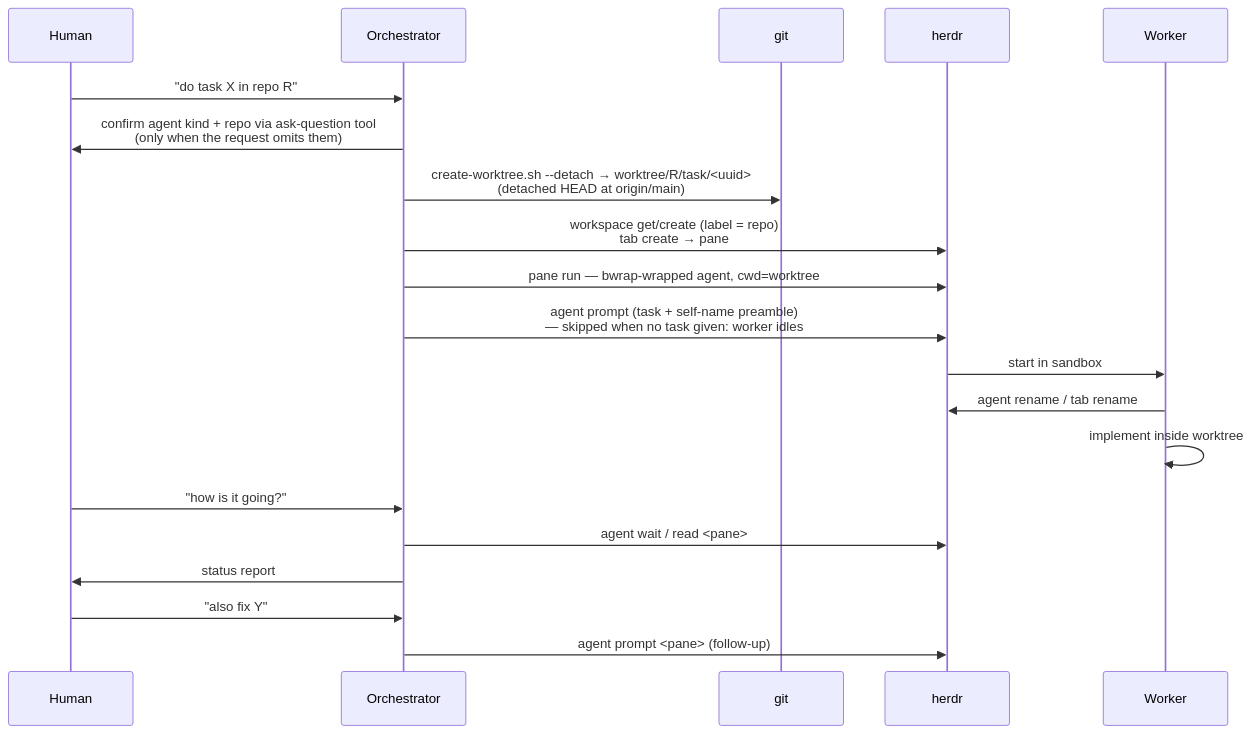
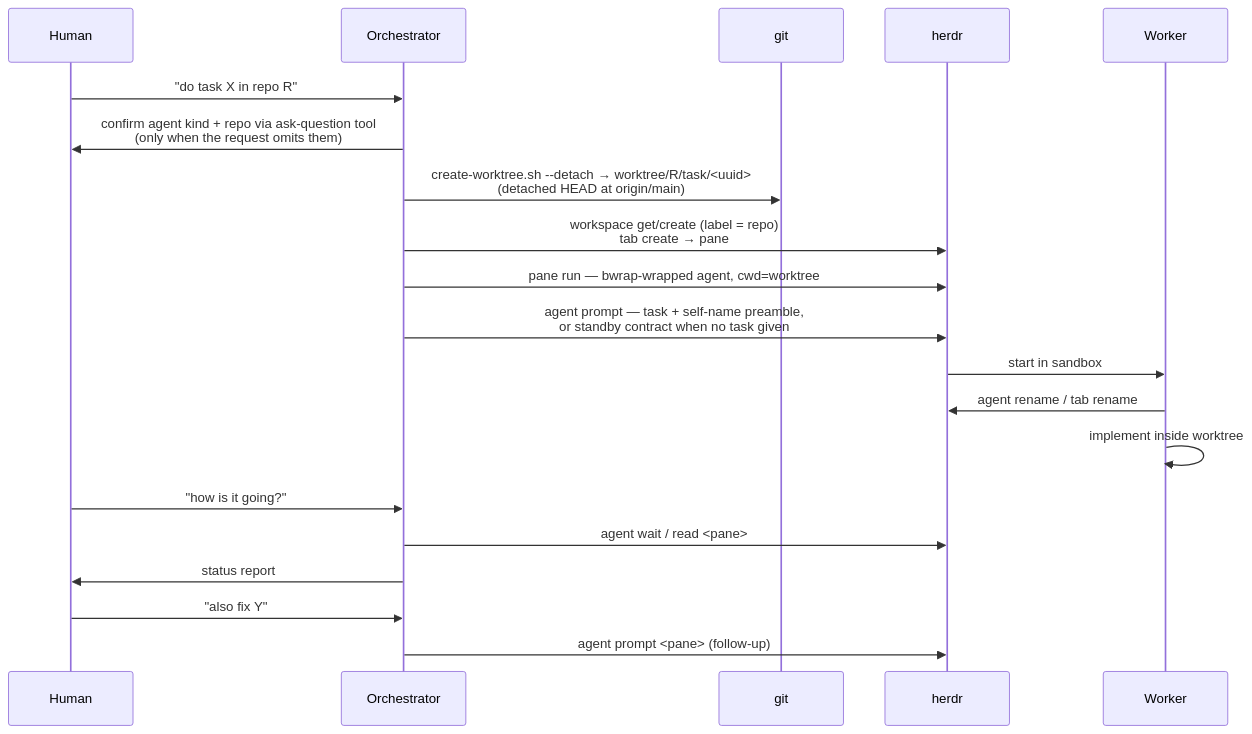
One commit to Nyarducks/Worktreeharness changed the diagram in docs/design/orchestration.md. Above: the diagram before and after it, drawn with Mermaid. The commit also changed other lines of this file and 6 other files, not shown here.

First line of the commit message:
Send a standby prompt on task-less spawn

````diff
--- a/docs/design/orchestration.md
+++ b/docs/design/orchestration.md
@@ -21,23 +21,23 @@
 ```mermaid
 sequenceDiagram
     participant H as Human
     participant O as Orchestrator
     participant G as git
     participant R as herdr
     participant W as Worker
 
     H->>O: "do task X in repo R"
     O->>H: confirm agent kind + repo via ask-question tool<br/>(only when the request omits them)
     O->>G: create-worktree.sh --detach → worktree/R/task/<uuid><br/>(detached HEAD at origin/main)
     O->>R: workspace get/create (label = repo)<br/>tab create → pane
     O->>R: pane run — bwrap-wrapped agent, cwd=worktree
-    O->>R: agent prompt (task + self-name preamble)<br/>— skipped when no task given: worker idles
+    O->>R: agent prompt — task + self-name preamble,<br/>or standby contract when no task given
     R->>W: start in sandbox
     W->>R: agent rename / tab rename
     W->>W: implement inside worktree
     H->>O: "how is it going?"
     O->>R: agent wait / read <pane>
     O->>H: status report
     H->>O: "also fix Y"
     O->>R: agent prompt <pane> (follow-up)
 ```
````
